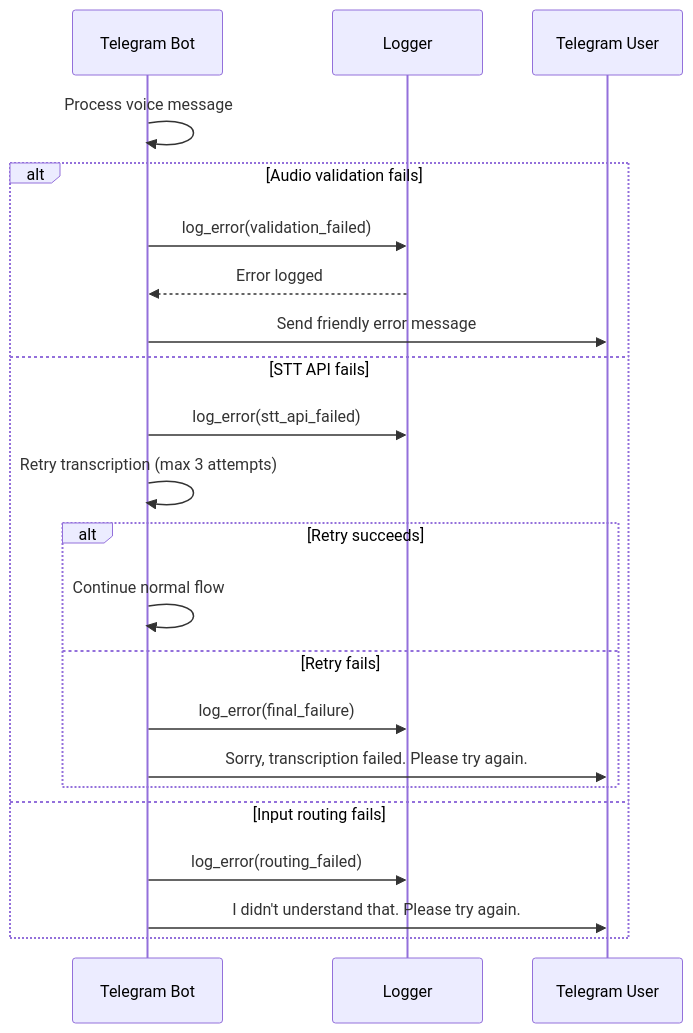
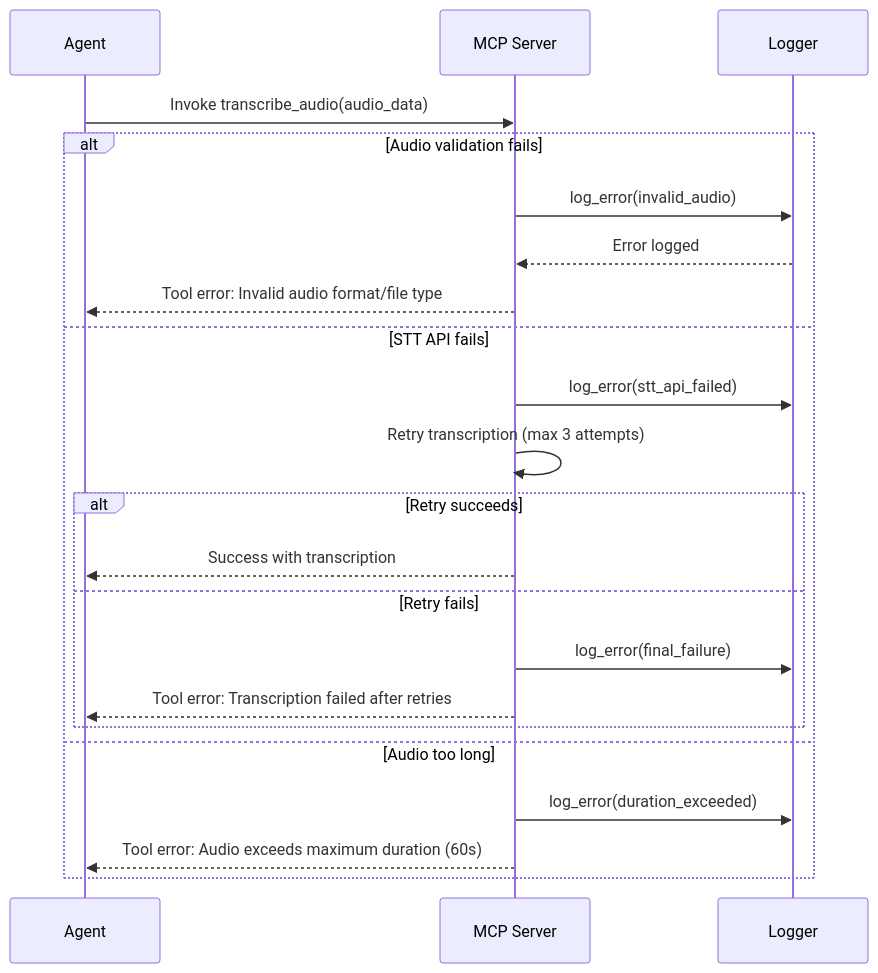
One commit to k-junior-claw/claw-auto-transcriber changed the third of 3 diagrams in PROJECT_SPEC.md. Above: the diagram before and after it, drawn with Mermaid. The commit also changed other lines of this file, not shown here.

Commit message:
MCP SERVER v3.0: Complete MCP Server architecture spec\n\n- Converted from Telegram Bot to MCP Server architecture\n- Added MCP Server, Tool Definition components\n- Included MCP protocol flows, schemas, security\n- Added 80% test coverage requirement (pytest)\n- File: 20,878 bytes

````diff
--- a/PROJECT_SPEC.md
+++ b/PROJECT_SPEC.md
@@ -213,25 +204,25 @@
 ```mermaid
 sequenceDiagram
-    participant Bot as Telegram Bot
+    participant Agent as Agent
+    participant MCP as MCP Server
     participant Logger as Logger
-    participant User as Telegram User
 
-    Bot->>Bot: Process voice message
+    Agent->>MCP: Invoke transcribe_audio(audio_data)
     alt Audio validation fails
-        Bot->>Logger: log_error(validation_failed)
-        Logger-->>Bot: Error logged
-        Bot->>User: Send friendly error message
+        MCP->>Logger: log_error(invalid_audio)
+        Logger-->>MCP: Error logged
+        MCP-->>Agent: Tool error: Invalid audio format/file type
     else STT API fails
-        Bot->>Logger: log_error(stt_api_failed)
-        Bot->>Bot: Retry transcription (max 3 attempts)
+        MCP->>Logger: log_error(stt_api_failed)
+        MCP->>MCP: Retry transcription (max 3 attempts)
         alt Retry succeeds
-            Bot->>Bot: Continue normal flow
+            MCP-->>Agent: Success with transcription
         else Retry fails
-            Bot->>Logger: log_error(final_failure)
-            Bot->>User: Sorry, transcription failed. Please try again.
+            MCP->>Logger: log_error(final_failure)
+            MCP-->>Agent: Tool error: Transcription failed after retries
         end
-    else Input routing fails
-        Bot->>Logger: log_error(routing_failed)
-        Bot->>User: I didn't understand that. Please try again.
+    else Audio too long
+        MCP->>Logger: log_error(duration_exceeded)
+        MCP-->>Agent: Tool error: Audio exceeds maximum duration (60s)
     end
 ```
````
